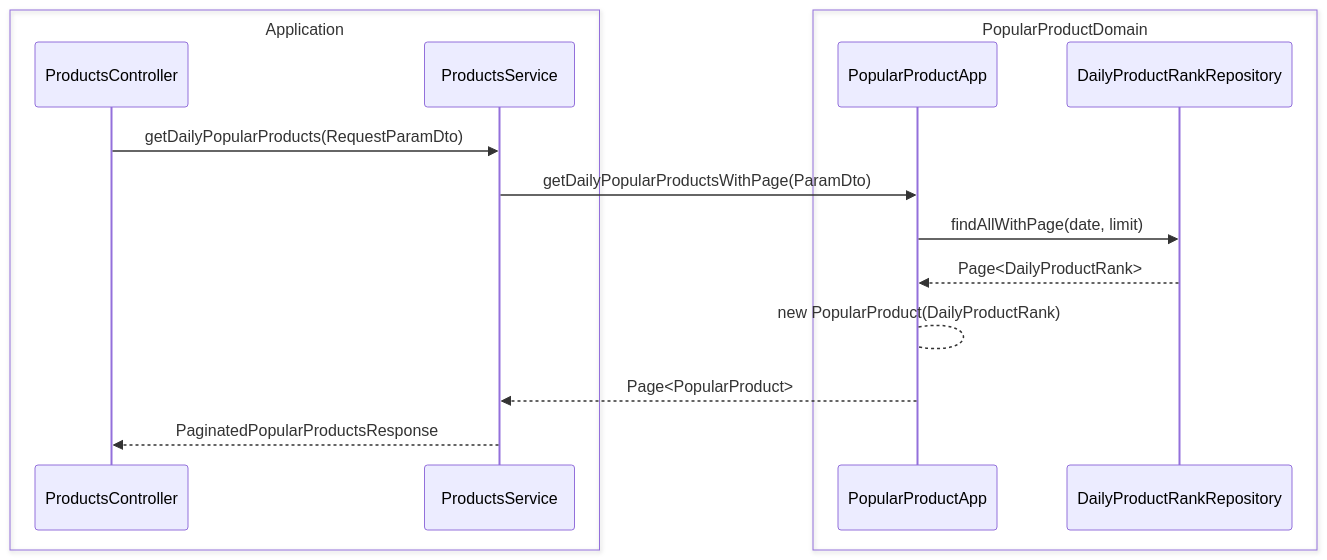
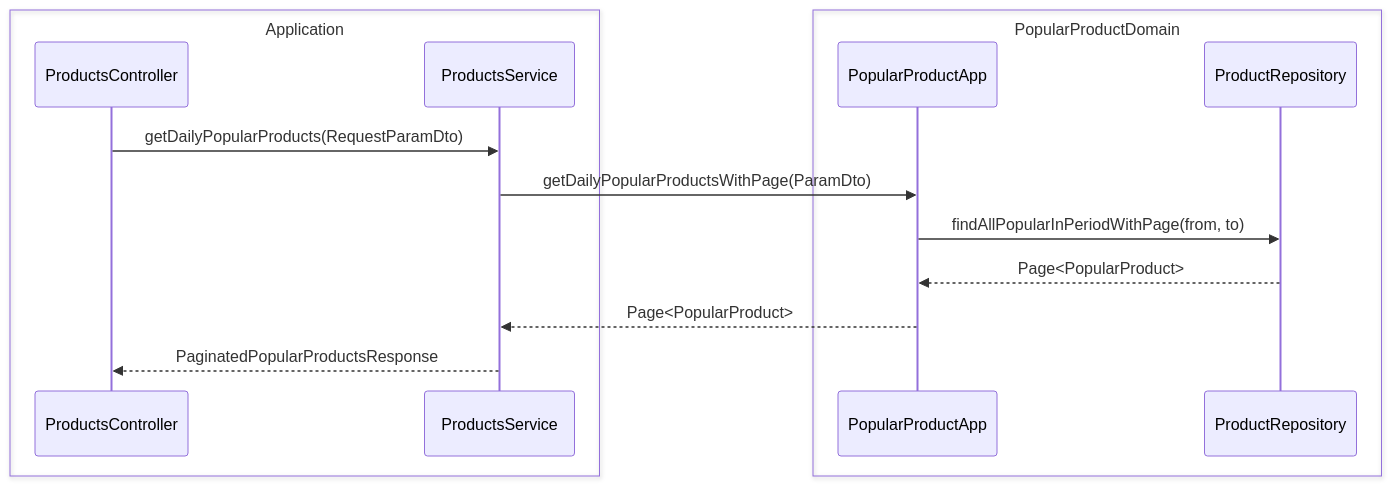
The fourth of 4 diagrams in docs/api/products.md (newbieJanghan/hh_plus_server), drawn with Mermaid before and after one commit.

Commit message:
Docs: product API / 인기 상품 조회 기능 관련 수정된 erd 반영

````diff
--- a/docs/api/products.md
+++ b/docs/api/products.md
@@ -155,20 +155,19 @@
 ```mermaid
 sequenceDiagram
     box Application
         participant ProductsController
         participant ProductsService
     end
     box PopularProductDomain
         participant PopularProductApp
-        participant DailyProductRankRepository
+        participant ProductRepository
     end
 
     ProductsController ->> ProductsService: getDailyPopularProducts(RequestParamDto)
     ProductsService ->> PopularProductApp: getDailyPopularProductsWithPage(ParamDto)
 #
-    PopularProductApp ->> DailyProductRankRepository: findAllWithPage(date, limit)
-    DailyProductRankRepository -->> PopularProductApp: Page<DailyProductRank>
-    PopularProductApp --> PopularProductApp: new PopularProduct(DailyProductRank)
+    PopularProductApp ->> ProductRepository: findAllPopularInPeriodWithPage(from, to)
+    ProductRepository -->> PopularProductApp: Page<PopularProduct>
     PopularProductApp -->> ProductsService: Page<PopularProduct>
     ProductsService -->> ProductsController: PaginatedPopularProductsResponse
 ```
````
